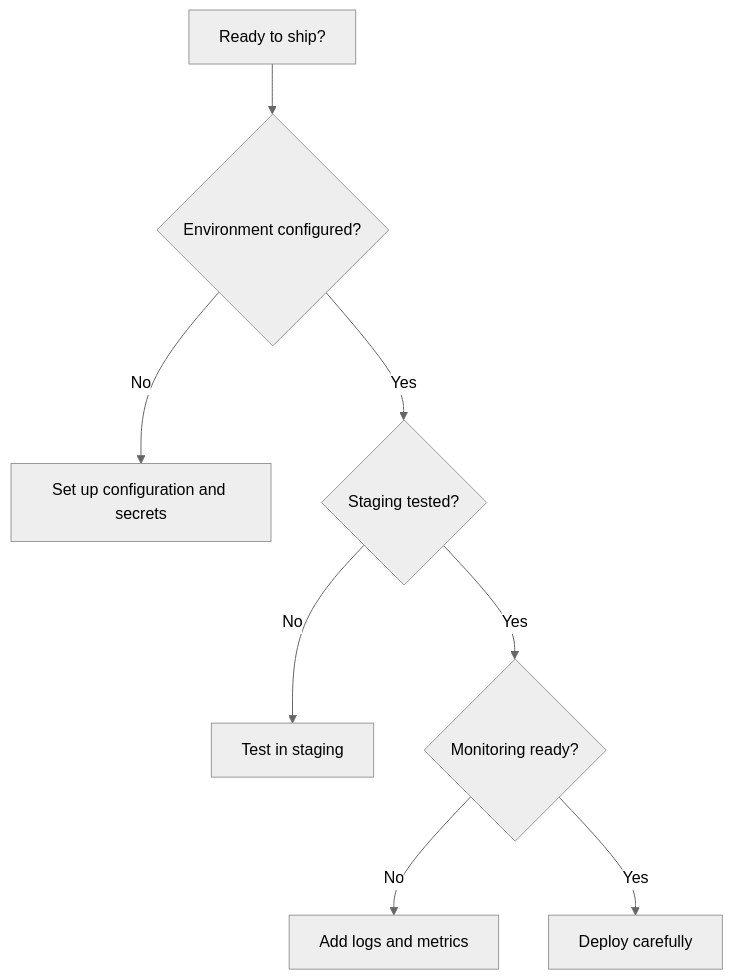
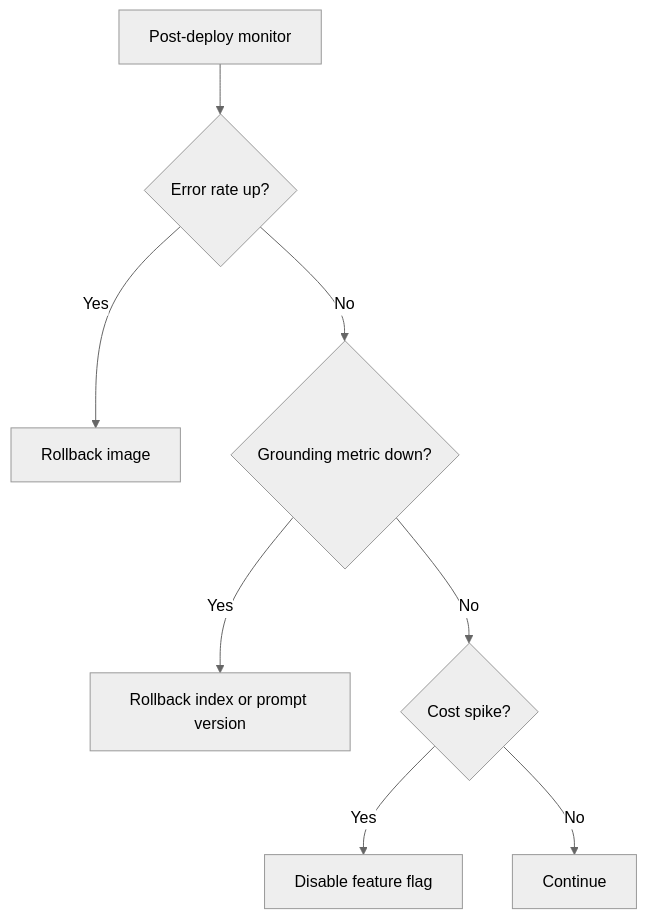
The ninth of 13 diagrams in day_29/day_29_deployment.md (Asabeneh/30-Days-Of-AI-Engineering), drawn with Mermaid (neutral theme) before and after one commit. The commit also changed other lines of this file and 49 other files, not shown here.

````diff
--- a/day_29/day_29_deployment.md
+++ b/day_29/day_29_deployment.md
@@ -228,10 +369,10 @@
 ```mermaid
 flowchart TD
-        A[Ready to ship?] --> B{Environment configured?}
-        B -->|No| C[Set up configuration and secrets]
-        B -->|Yes| D{Staging tested?}
-        D -->|No| E[Test in staging]
-        D -->|Yes| F{Monitoring ready?}
-        F -->|No| G[Add logs and metrics]
-        F -->|Yes| H[Deploy carefully]
+    A[Post-deploy monitor] --> B{Error rate up?}
+    B -->|Yes| RB[Rollback image]
+    B -->|No| C{Grounding metric down?}
+    C -->|Yes| RB2[Rollback index or prompt version]
+    C -->|No| D{Cost spike?}
+    D -->|Yes| FLAG[Disable feature flag]
+    D -->|No| OK[Continue]
 ```
````
